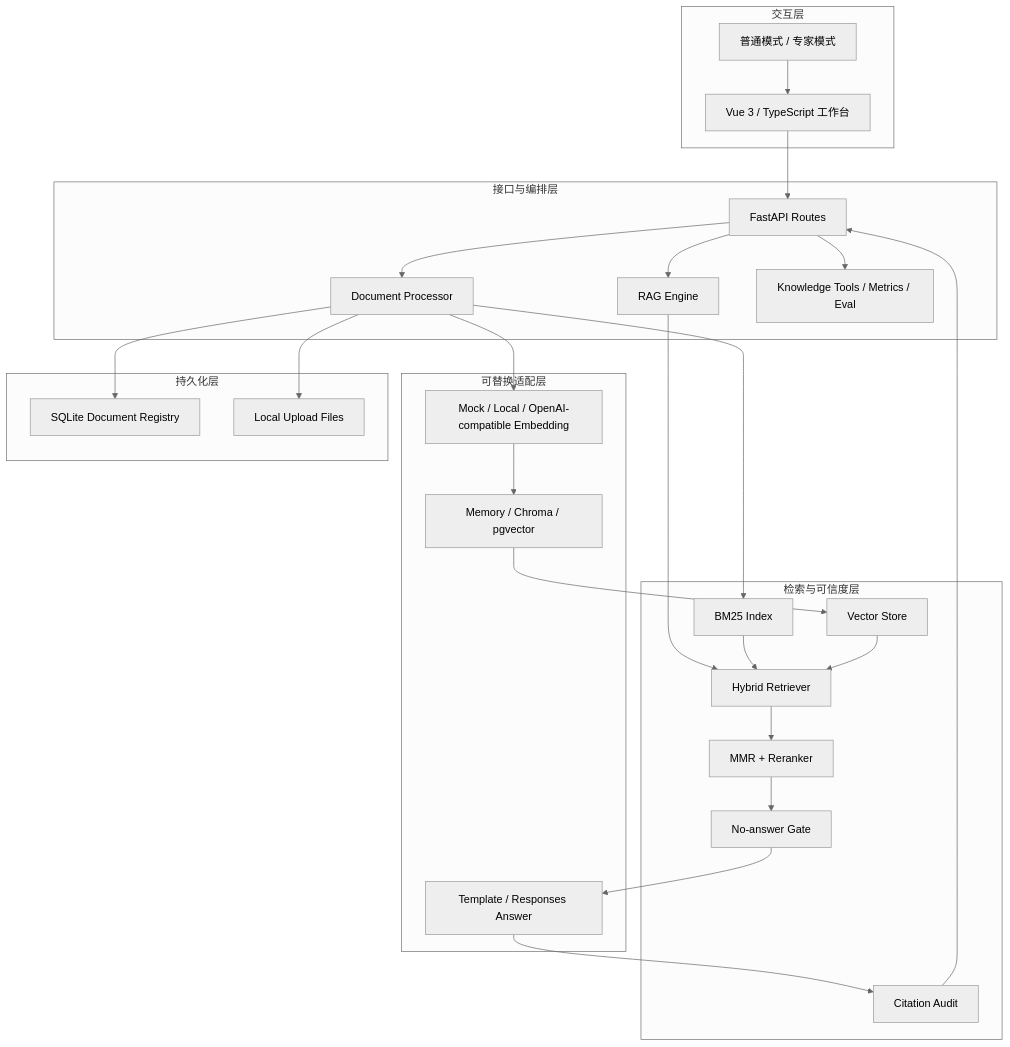
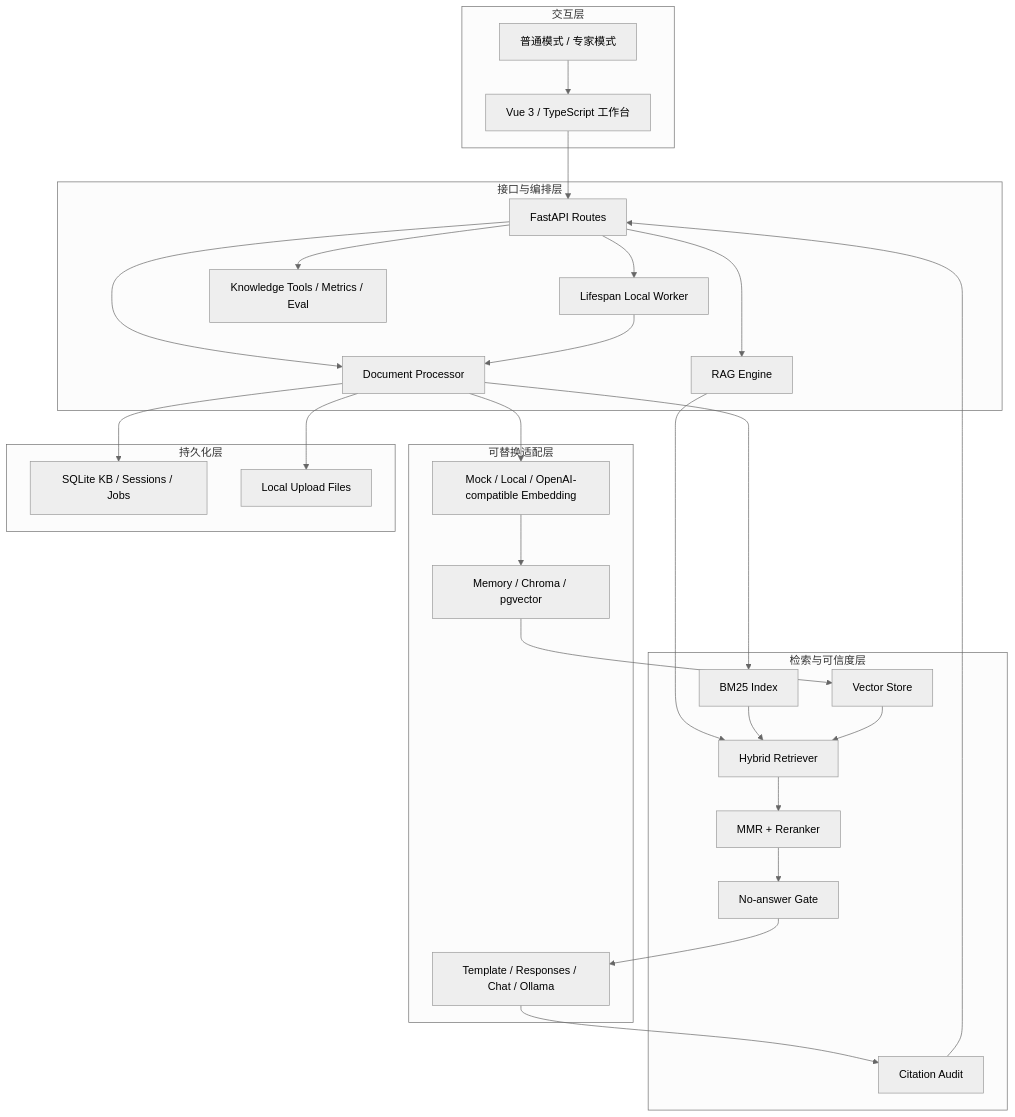
The first of 5 diagrams in docs/architecture.md (728792899-create/personal-multimodal-rag), drawn with Mermaid (neutral theme) before and after one commit. The commit also changed other lines of this file and 91 other files, not shown here.

````diff
--- a/docs/architecture.md
+++ b/docs/architecture.md
@@ -11,51 +11,54 @@
 ```mermaid
 flowchart TB
   subgraph UI["交互层"]
     WORKBENCH["Vue 3 / TypeScript 工作台"]
     MODES["普通模式 / 专家模式"]
   end
 
   subgraph API["接口与编排层"]
     FASTAPI["FastAPI Routes"]
+    WORKER["Lifespan Local Worker"]
     PROCESSOR["Document Processor"]
     ENGINE["RAG Engine"]
     TOOLS["Knowledge Tools / Metrics / Eval"]
   end
 
   subgraph RETRIEVAL["检索与可信度层"]
     BM25["BM25 Index"]
     VECTOR["Vector Store"]
     HYBRID["Hybrid Retriever"]
     RERANK["MMR + Reranker"]
     GATE["No-answer Gate"]
     AUDIT["Citation Audit"]
   end
 
   subgraph ADAPTERS["可替换适配层"]
     EMBED["Mock / Local / OpenAI-compatible Embedding"]
     STORE["Memory / Chroma / pgvector"]
-    ANSWER["Template / Responses Answer"]
+    ANSWER["Template / Responses / Chat / Ollama"]
   end
 
   subgraph PERSIST["持久化层"]
-    REGISTRY["SQLite Document Registry"]
+    REGISTRY["SQLite KB / Sessions / Jobs"]
     UPLOADS["Local Upload Files"]
   end
 
   WORKBENCH --> FASTAPI
   MODES --> WORKBENCH
   FASTAPI --> PROCESSOR
+  FASTAPI --> WORKER
+  WORKER --> PROCESSOR
   FASTAPI --> ENGINE
   FASTAPI --> TOOLS
   PROCESSOR --> REGISTRY
   PROCESSOR --> UPLOADS
   PROCESSOR --> BM25
   PROCESSOR --> EMBED
   EMBED --> STORE
   STORE --> VECTOR
   ENGINE --> HYBRID
   BM25 --> HYBRID
   VECTOR --> HYBRID
   HYBRID --> RERANK --> GATE
   GATE --> ANSWER --> AUDIT --> FASTAPI
 ```
````
